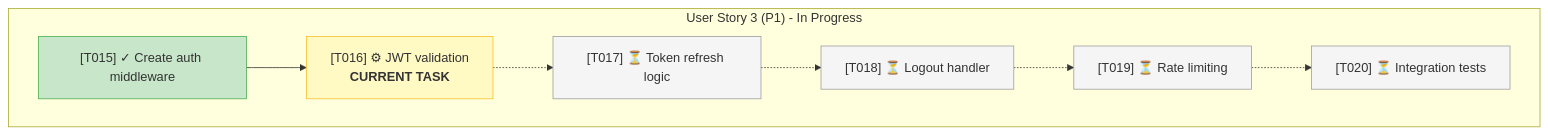
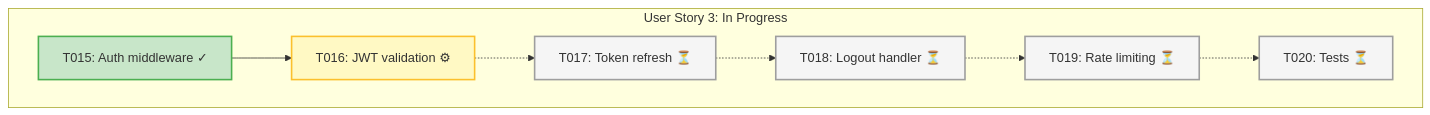
Before and after one commit to github/spec-kit: the fourth of 6 diagrams in README.md, drawn with Mermaid. The commit also changed other lines of this file, not shown here.

````diff
--- a/README.md
+++ b/README.md
@@ -681,24 +514,24 @@
 ```mermaid
 graph TD
-    subgraph US3["User Story 3 (P1) - In Progress"]
-        T015["[T015] ✓ Create auth middleware"]
-        T016["[T016] ⚙ JWT validation<br/><b>CURRENT TASK</b>"]
-        T017["[T017] ⏳ Token refresh logic"]
-        T018["[T018] ⏳ Logout handler"]
-        T019["[T019] ⏳ Rate limiting"]
-        T020["[T020] ⏳ Integration tests"]
+    subgraph US3["User Story 3: In Progress"]
+        T015["T015: Auth middleware ✓"]
+        T016["T016: JWT validation ⚙"]
+        T017["T017: Token refresh ⏳"]
+        T018["T018: Logout handler ⏳"]
+        T019["T019: Rate limiting ⏳"]
+        T020["T020: Tests ⏳"]
 
         T015 --> T016
         T016 -.-> T017
         T017 -.-> T018
         T018 -.-> T019
         T019 -.-> T020
     end
 
-    style T015 fill:#c8e6c9,stroke:#4caf50
-    style T016 fill:#fff9c4,stroke:#fbc02d
-    style T017 fill:#f5f5f5,stroke:#9e9e9e
-    style T018 fill:#f5f5f5,stroke:#9e9e9e
-    style T019 fill:#f5f5f5,stroke:#9e9e9e
-    style T020 fill:#f5f5f5,stroke:#9e9e9e
+    style T015 fill:#c8e6c9,stroke:#4caf50,stroke-width:2px
+    style T016 fill:#fff9c4,stroke:#fbc02d,stroke-width:2px
+    style T017 fill:#f5f5f5,stroke:#9e9e9e,stroke-width:2px
+    style T018 fill:#f5f5f5,stroke:#9e9e9e,stroke-width:2px
+    style T019 fill:#f5f5f5,stroke:#9e9e9e,stroke-width:2px
+    style T020 fill:#f5f5f5,stroke:#9e9e9e,stroke-width:2px
 ```
````
